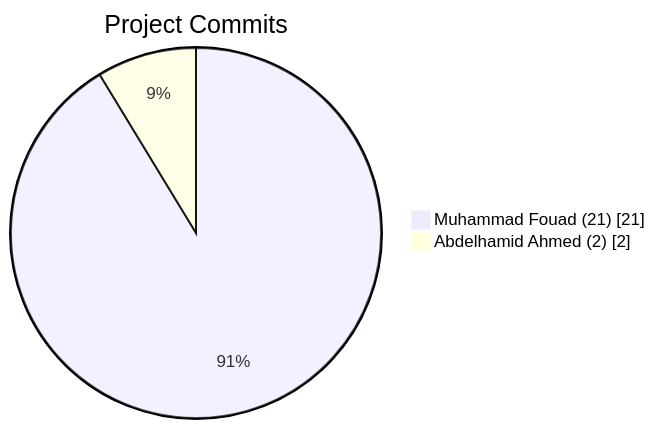
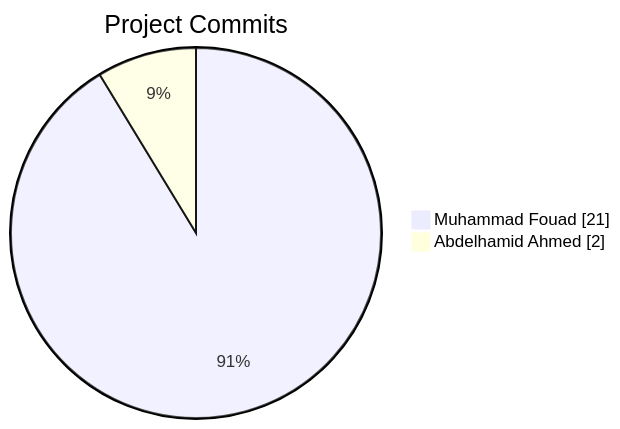
One commit to Abdelhamid-El-rashidy/Library_System changed the diagram in README.md. Above: the diagram before and after it, drawn with Mermaid.

Commit message:
Chore: Enhance README with quick navigation links, updated project statistics, and improved formatting.

````diff
--- a/README.md
+++ b/README.md
@@ -21,6 +21,6 @@
 ```mermaid
 pie showData
     title Project Commits
-    "Muhammad Fouad (21)" : 21
-    "Abdelhamid Ahmed (2)" : 2
+    "Muhammad Fouad" : 21
+    "Abdelhamid Ahmed" : 2
 ```
````
